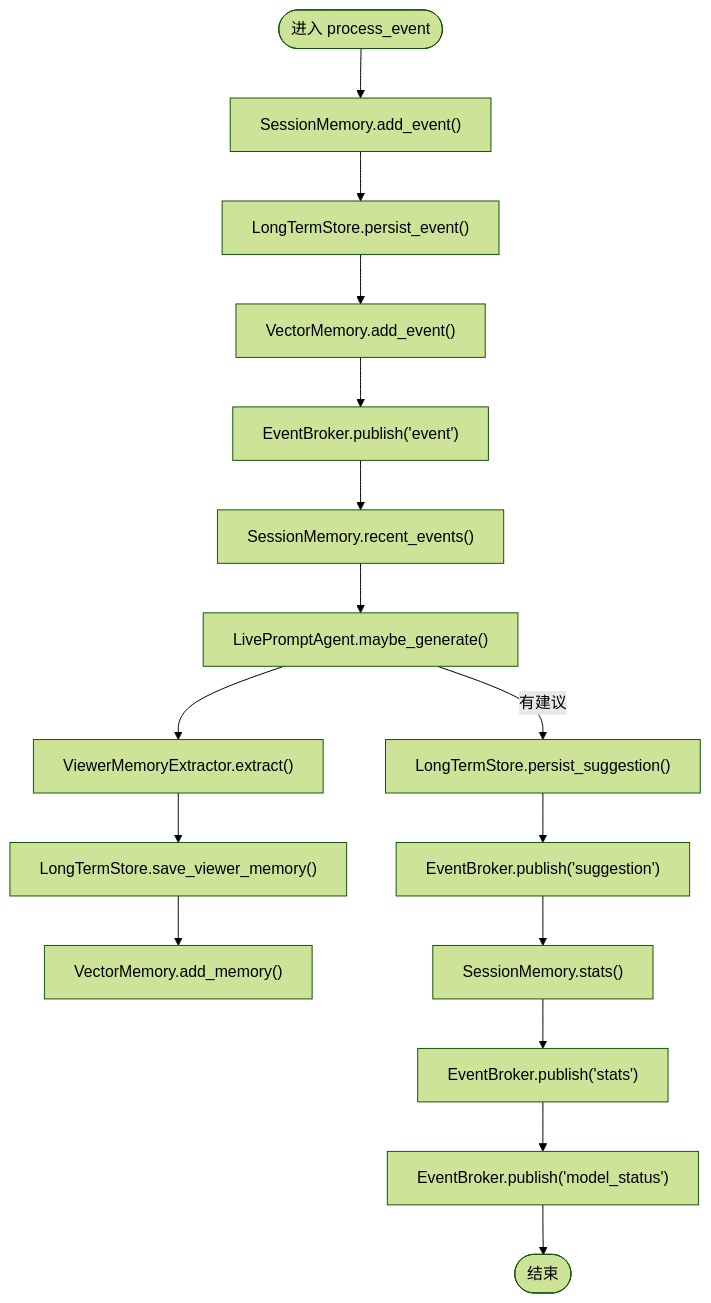
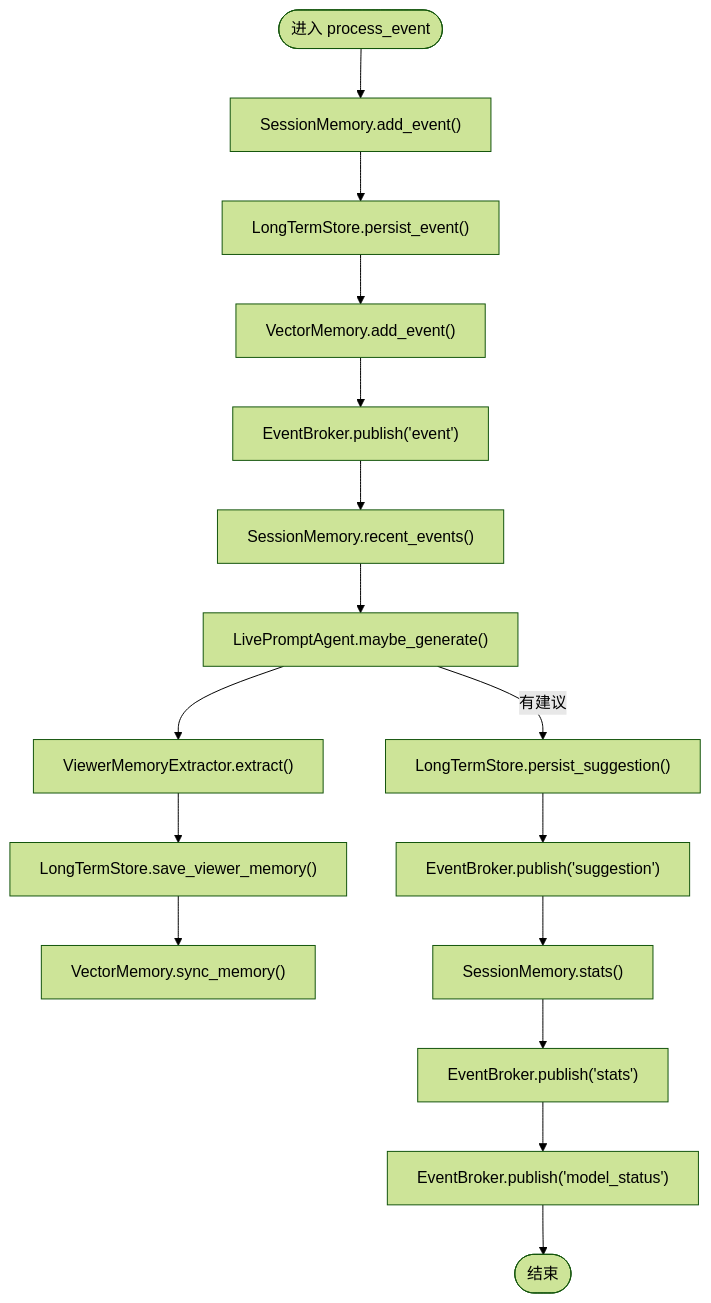
Before and after one commit to Moon-Force/DouYin_llm: the fourth of 8 diagrams in .qoder/repowiki/zh/content/后端服务/后端服务.md, drawn with Mermaid (forest theme). The commit also changed other lines of this file and 35 other files, not shown here.

````diff
--- a/.qoder/repowiki/zh/content/后端服务/后端服务.md
+++ b/.qoder/repowiki/zh/content/后端服务/后端服务.md
@@ -234,18 +256,18 @@
 ```mermaid
 flowchart TD
 Enter(["进入 process_event"]) --> AddSM["SessionMemory.add_event()"]
 AddSM --> PersistLTS["LongTermStore.persist_event()"]
 PersistLTS --> AddVec["VectorMemory.add_event()"]
 AddVec --> PublishE["EventBroker.publish('event')"]
 PublishE --> Recent["SessionMemory.recent_events()"]
 Recent --> MaybeGen["LivePromptAgent.maybe_generate()"]
 MaybeGen --> |有建议| PersistSug["LongTermStore.persist_suggestion()"]
 PersistSug --> PublishSug["EventBroker.publish('suggestion')"]
 MaybeGen --> ExtractMem["ViewerMemoryExtractor.extract()"]
 ExtractMem --> SaveMem["LongTermStore.save_viewer_memory()"]
-SaveMem --> AddMemVec["VectorMemory.add_memory()"]
+SaveMem --> SyncMem["VectorMemory.sync_memory()"]
 PublishSug --> Stats["SessionMemory.stats()"]
 Stats --> PublishStats["EventBroker.publish('stats')"]
 PublishStats --> PublishMS["EventBroker.publish('model_status')"]
 PublishMS --> Exit(["结束"])
 ```
````
